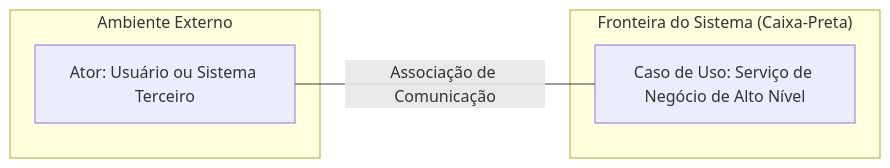
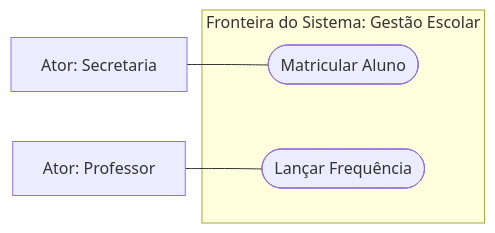
The tenth of 25 diagrams in 4º Semestre/[Prof. Wesley Soares] Engenharia de Software II/Resumos-IA/Caderno-Consolidado.md (murilolol/unifef), drawn with Mermaid before and after one commit. The commit also changed other lines of this file and 18 other files, not shown here.

````diff
--- a/4º Semestre/[Prof. Wesley Soares] Engenharia de Software II/Resumos-IA/Caderno-Consolidado.md
+++ b/4º Semestre/[Prof. Wesley Soares] Engenharia de Software II/Resumos-IA/Caderno-Consolidado.md
@@ -454,12 +534,10 @@
 ```mermaid
 flowchart LR
-    subgraph Fora["Ambiente Externo"]
-        Ator["Ator: Usuário ou Sistema Terceiro"]
+    subgraph Sistema["Fronteira do Sistema: Gestão Escolar"]
+        UC1(["Matricular Aluno"])
+        UC2(["Lançar Frequência"])
     end
 
-    subgraph Dentro["Fronteira do Sistema (Caixa-Preta)"]
-        UC["Caso de Uso: Serviço de Negócio de Alto Nível"]
-    end
-
-    Ator ---|"Associação de Comunicação"| UC
+    Ator1["Ator: Secretaria"] --- UC1
+    Ator2["Ator: Professor"] --- UC2
 ```
````
